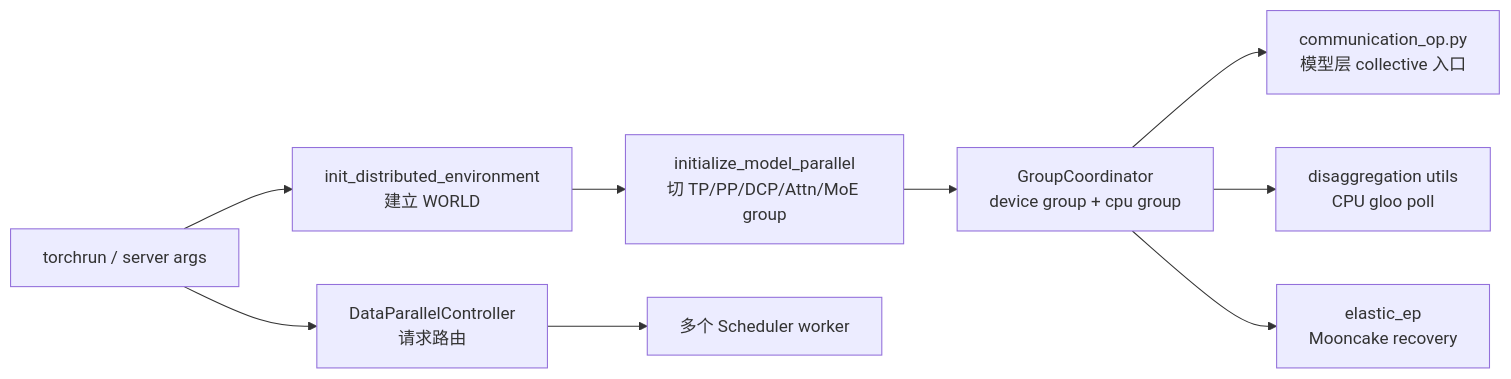
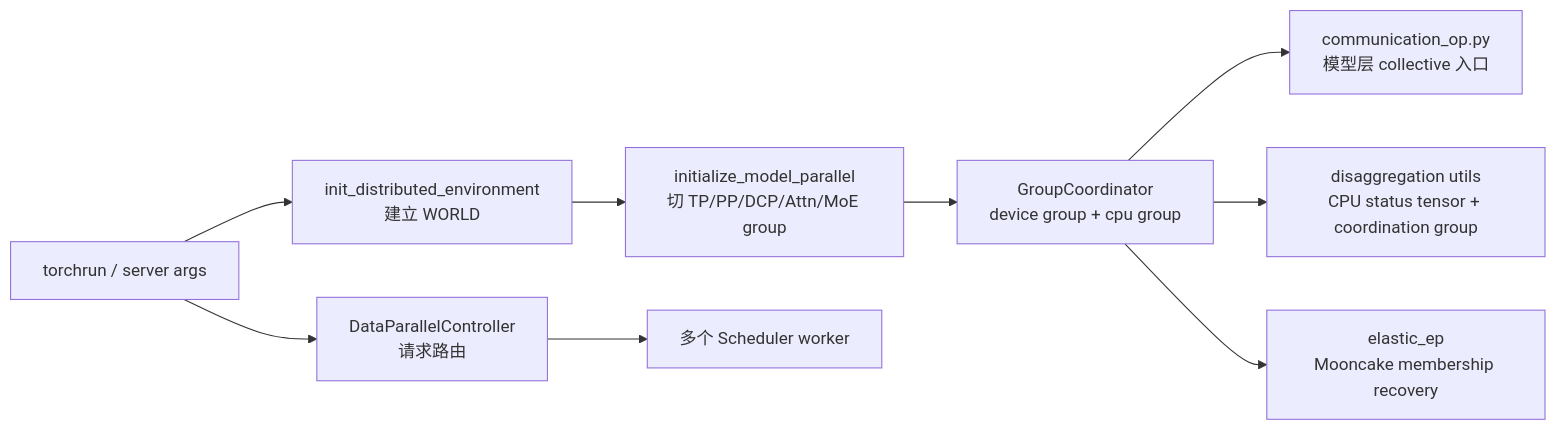
Before and after one commit to OnlyHero5/sglang-reading-vault: the diagram in sglang_reading/高级特性/分布式/SGLang-分布式.md, drawn with Mermaid. The commit also changed other lines of this file and 512 other files, not shown here.

````diff
--- a/sglang_reading/高级特性/分布式/SGLang-分布式.md
+++ b/sglang_reading/高级特性/分布式/SGLang-分布式.md
@@ -33,11 +32,11 @@
 ```mermaid
 flowchart LR
   Launch["torchrun / server args"] --> Env["init_distributed_environment<br/>建立 WORLD"]
   Env --> MP["initialize_model_parallel<br/>切 TP/PP/DCP/Attn/MoE group"]
   MP --> GC["GroupCoordinator<br/>device group + cpu group"]
   GC --> Ops["communication_op.py<br/>模型层 collective 入口"]
   Launch --> DPC["DataParallelController<br/>请求路由"]
   DPC --> Sched["多个 Scheduler worker"]
-  GC --> PD["disaggregation utils<br/>CPU gloo poll"]
-  GC --> EP["elastic_ep<br/>Mooncake recovery"]
+  GC --> PD["disaggregation utils<br/>CPU status tensor + coordination group"]
+  GC --> EP["elastic_ep<br/>Mooncake membership recovery"]
 ```
````
